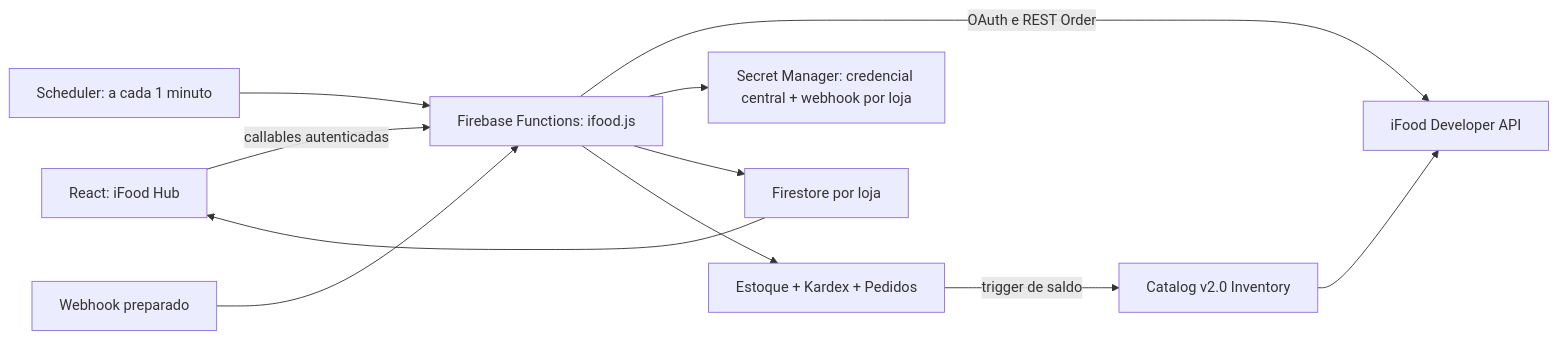
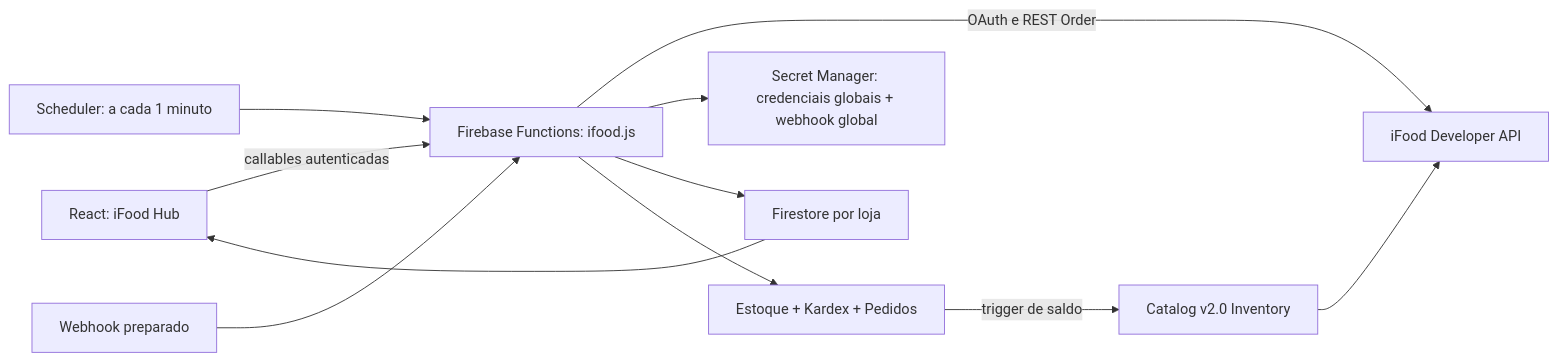
One commit to antoniopedrocm/projeto-doceria changed the first of 2 diagrams in docs-ifood-hub.md. Above: the diagram before and after it, drawn with Mermaid. The commit also changed other lines of this file and 4 other files, not shown here.

````diff
--- a/docs-ifood-hub.md
+++ b/docs-ifood-hub.md
@@ -11,13 +11,13 @@
 ```mermaid
 flowchart LR
   UI["React: iFood Hub"] -->|callables autenticadas| FN["Firebase Functions: ifood.js"]
   SCH["Scheduler: a cada 1 minuto"] --> FN
   WH["Webhook preparado"] --> FN
   FN -->|OAuth e REST Order| API["iFood Developer API"]
-  FN --> SEC["Secret Manager: credencial central + webhook por loja"]
+  FN --> SEC["Secret Manager: credenciais globais + webhook global"]
   FN --> FS["Firestore por loja"]
   FS --> UI
   FN --> INV["Estoque + Kardex + Pedidos"]
   INV -->|trigger de saldo| CAT["Catalog v2.0 Inventory"]
   CAT --> API
 ```
````
